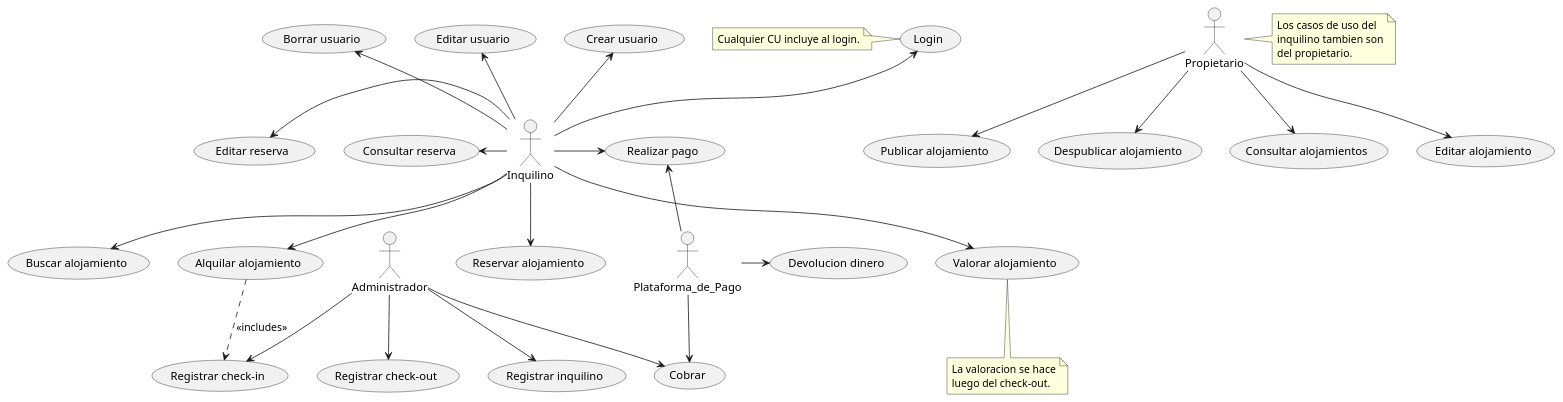
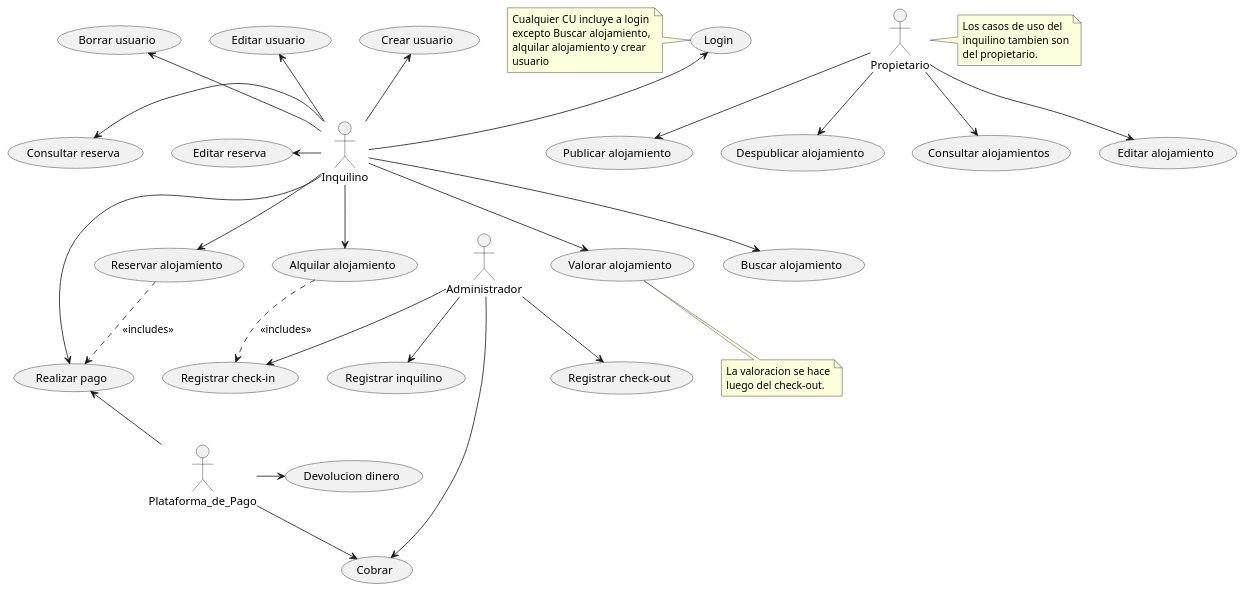
One commit to franciscolmos/IS1-EasyHome changed the diagram in Diagrama_CU/Diagrama_CU.puml. Above: the diagram before and after it, drawn with PlantUML. The commit also changed 2 other files, not shown here.

Commit message:
[ADDED] - Nuevo Doc de requerimientos _ [REFACTOR] - Diagramas de clase y CU

```diff
--- a/Diagrama_CU/Diagrama_CU.puml
+++ b/Diagrama_CU/Diagrama_CU.puml
@@ -1,49 +1,53 @@
 @startuml Diagrama_CU
 actor Inquilino
 Inquilino -up-> (Crear usuario)
 Inquilino -up-> (Editar usuario)
 Inquilino -up-> (Borrar usuario)
 Inquilino -up-> (Login)
 Inquilino -left-> (Consultar reserva)
 Inquilino -left-> (Editar reserva)
 Inquilino -down-> (Valorar alojamiento)
 Inquilino -down-> (Buscar alojamiento)
 Inquilino -down-> (Alquilar alojamiento)
 Inquilino -down-> (Reservar alojamiento)
 Inquilino -right-> (Realizar pago)
 
 (Alquilar alojamiento) ..> (Registrar check-in) : <<includes>>
+(Reservar alojamiento) ..> (Realizar pago): <<includes>>
 
 actor Propietario
 Propietario --> (Publicar alojamiento)
 Propietario --> (Despublicar alojamiento)
 Propietario --> (Consultar alojamientos)
 Propietario --> (Editar alojamiento)
 
 actor Administrador
 Administrador --> (Registrar check-in)
 Administrador --> (Registrar check-out)
 Administrador --> (Registrar inquilino)
 Administrador --> (Cobrar)
 
 actor Plataforma_de_Pago
 Plataforma_de_Pago -up-> (Realizar pago)
 Plataforma_de_Pago -right-> (Devolucion dinero)
 Plataforma_de_Pago --> (Cobrar)
 
 note right of (Propietario)
   Los casos de uso del
   inquilino tambien son
   del propietario. 
 end note
 
 note bottom of (Valorar alojamiento)
   La valoracion se hace
   luego del check-out.
 end note
 
 note left of (Login)
-  Cualquier CU incluye al login.
+  Cualquier CU incluye a login
+  excepto Buscar alojamiento,
+  alquilar alojamiento y crear
+  usuario
 end note
 
 @enduml
```
